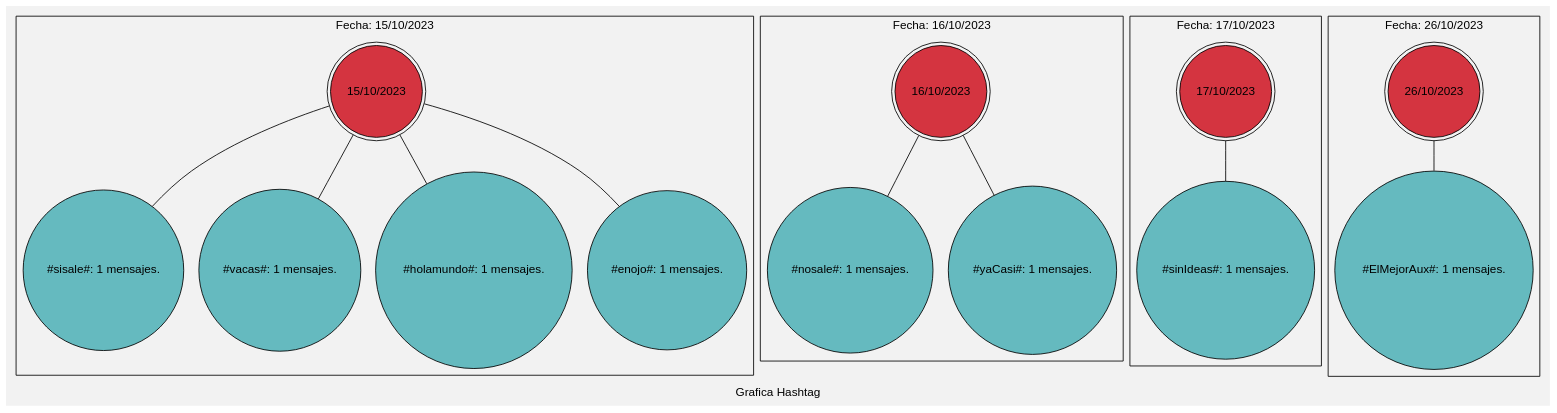
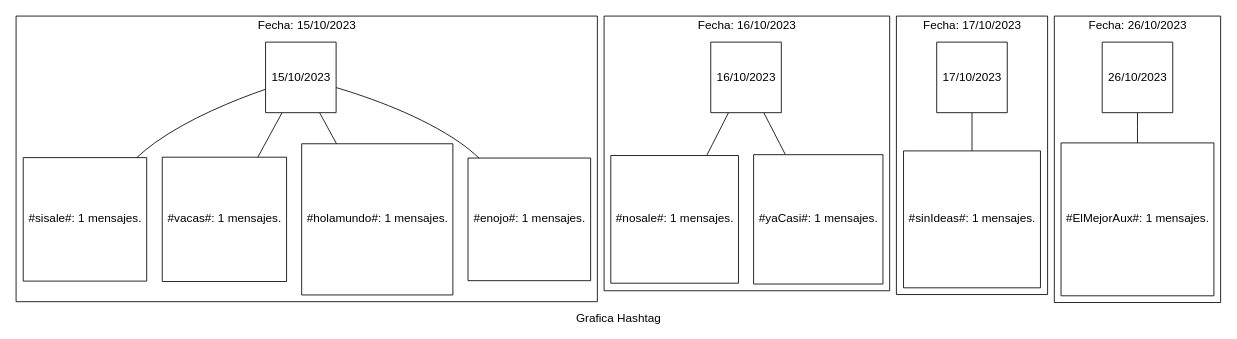
The diagram in Graficas/Grafica_Hasthtag.dot (PabloR03/IPC2_Proyecto3_202201947), drawn with Graphviz before and after one commit. The commit also changed 45 other files, not shown here.

```diff
--- a/Graficas/Grafica_Hasthtag.dot
+++ b/Graficas/Grafica_Hasthtag.dot
@@ -1,38 +1,38 @@
 
-            graph "" {bgcolor="#f2f2f2" gradientangle=90 label="Grafica Hashtag"
+            graph "" {bgcolor="white" gradientangle=90 label="Grafica Hashtag"
                 fontname="Helvetica,Arial,sans-serif"
                 node [fontname="Helvetica,Arial,sans-serif"]
                 edge [fontname="Helvetica,Arial,sans-serif"]subgraph cluster01{label="Fecha: 15/10/2023" style="filled" gradientangle="270"
-n001[fillcolor="#d43440", style=filled, shape=doublecircle, label="15/10/2023"];
-n002 [fillcolor="#65babf", style=filled, shape=circle, label="#sisale#: 1 mensajes."];
+n001[fillcolor="white", style=filled, shape=square, label="15/10/2023"];
+n002 [fillcolor="white", style=filled, shape=square, label="#sisale#: 1 mensajes."];
 n001--n002 ;
-n003 [fillcolor="#65babf", style=filled, shape=circle, label="#vacas#: 1 mensajes."];
+n003 [fillcolor="white", style=filled, shape=square, label="#vacas#: 1 mensajes."];
 n001--n003 ;
-n004 [fillcolor="#65babf", style=filled, shape=circle, label="#holamundo#: 1 mensajes."];
+n004 [fillcolor="white", style=filled, shape=square, label="#holamundo#: 1 mensajes."];
 n001--n004 ;
-n005 [fillcolor="#65babf", style=filled, shape=circle, label="#enojo#: 1 mensajes."];
+n005 [fillcolor="white", style=filled, shape=square, label="#enojo#: 1 mensajes."];
 n001--n005 ;
 
 }
 subgraph cluster02{label="Fecha: 16/10/2023" style="filled" gradientangle="270"
-n007[fillcolor="#d43440", style=filled, shape=doublecircle, label="16/10/2023"];
-n008 [fillcolor="#65babf", style=filled, shape=circle, label="#nosale#: 1 mensajes."];
+n007[fillcolor="white", style=filled, shape=square, label="16/10/2023"];
+n008 [fillcolor="white", style=filled, shape=square, label="#nosale#: 1 mensajes."];
 n007--n008 ;
-n009 [fillcolor="#65babf", style=filled, shape=circle, label="#yaCasi#: 1 mensajes."];
+n009 [fillcolor="white", style=filled, shape=square, label="#yaCasi#: 1 mensajes."];
 n007--n009 ;
 
 }
 subgraph cluster03{label="Fecha: 17/10/2023" style="filled" gradientangle="270"
-n0011[fillcolor="#d43440", style=filled, shape=doublecircle, label="17/10/2023"];
-n0012 [fillcolor="#65babf", style=filled, shape=circle, label="#sinIdeas#: 1 mensajes."];
+n0011[fillcolor="white", style=filled, shape=square, label="17/10/2023"];
+n0012 [fillcolor="white", style=filled, shape=square, label="#sinIdeas#: 1 mensajes."];
 n0011--n0012 ;
 
 }
 subgraph cluster04{label="Fecha: 26/10/2023" style="filled" gradientangle="270"
-n0014[fillcolor="#d43440", style=filled, shape=doublecircle, label="26/10/2023"];
-n0015 [fillcolor="#65babf", style=filled, shape=circle, label="#ElMejorAux#: 1 mensajes."];
+n0014[fillcolor="white", style=filled, shape=square, label="26/10/2023"];
+n0015 [fillcolor="white", style=filled, shape=square, label="#ElMejorAux#: 1 mensajes."];
 n0014--n0015 ;
 
 }
 
 }
```
